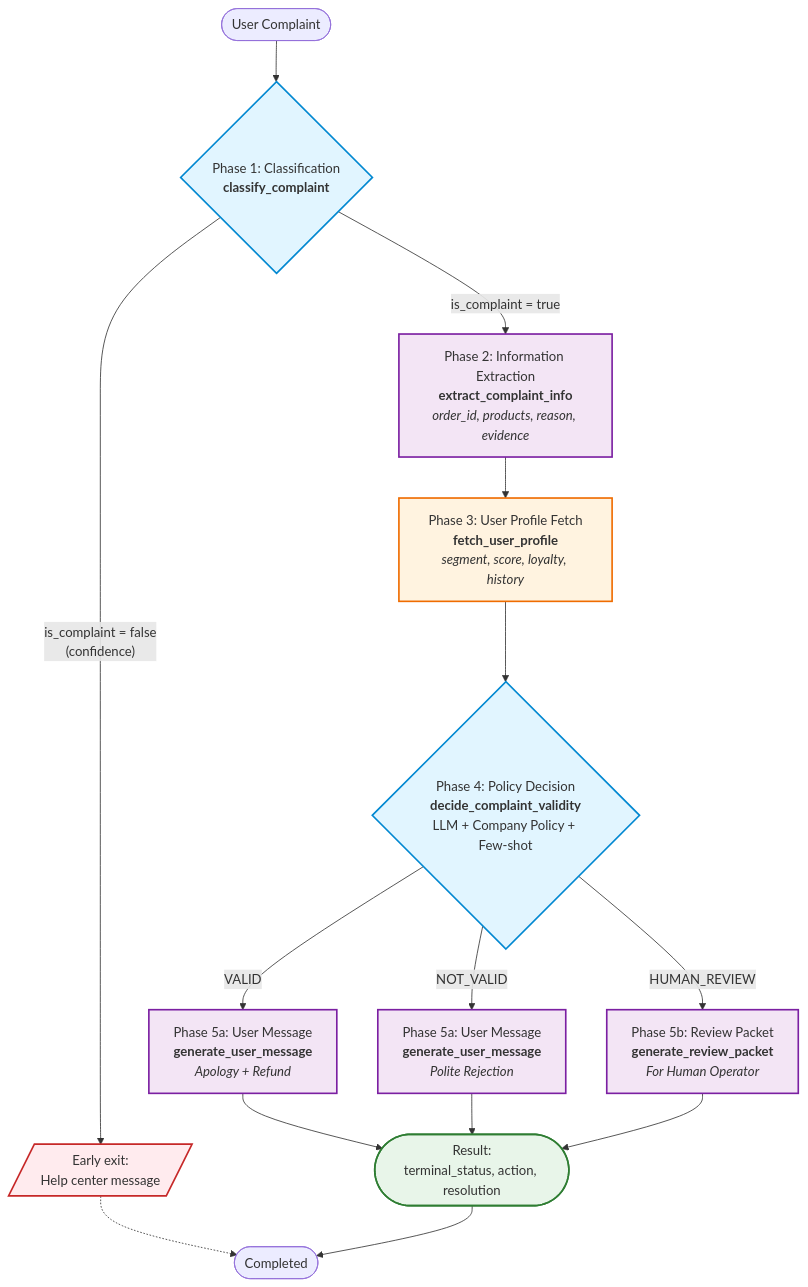
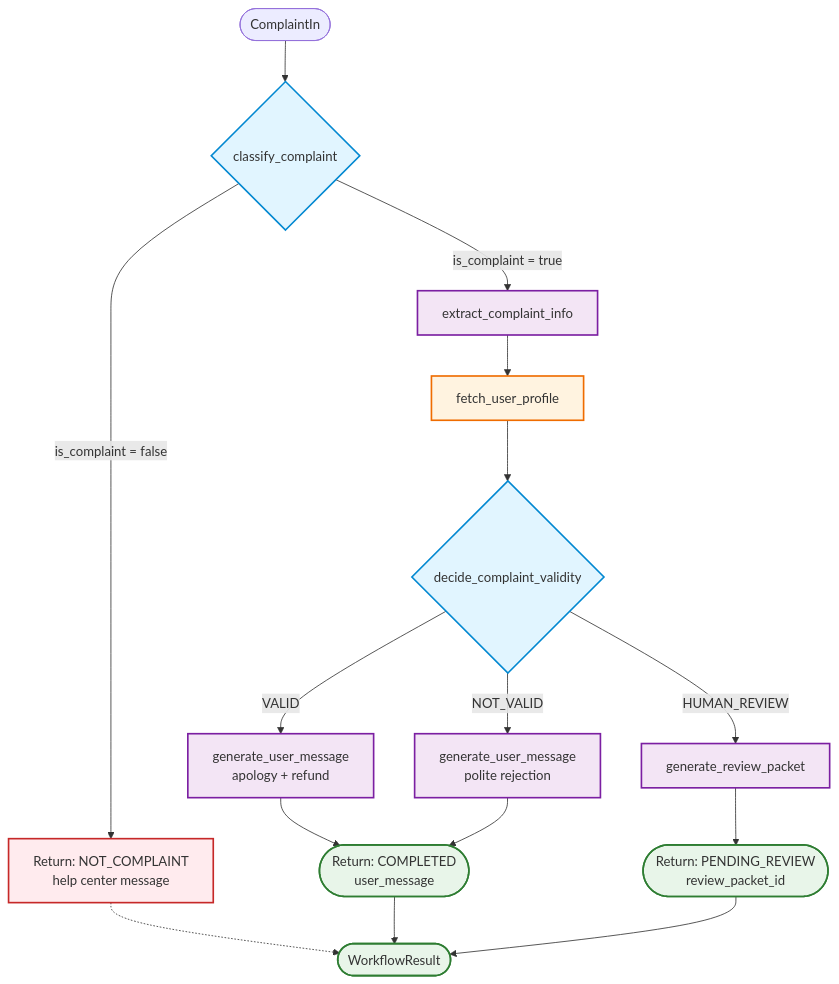
The diagram in lessons/L07_orchestration/README.md (omg1492/ai-agents-advanced), drawn with Mermaid before and after one commit. The commit also changed other lines of this file, not shown here.

Commit message:
concise diagram

````diff
--- a/lessons/L07_orchestration/README.md
+++ b/lessons/L07_orchestration/README.md
@@ -24,32 +24,35 @@
 ```mermaid
 flowchart TD
-    Start([User Complaint]) --> Phase1{Phase 1: Classification<br/><b>classify_complaint</b>}
+    Start([ComplaintIn]) --> Act1{classify_complaint}
 
-    Phase1 -->|"is_complaint = false<br/>(confidence)"| Exit1[/"Early exit:<br/>Help center message"/]
-    Phase1 -->|"is_complaint = true"| Phase2[Phase 2: Information Extraction<br/><b>extract_complaint_info</b><br/><i>order_id, products, reason, evidence</i>]
+    Act1 -->|is_complaint = false| Exit[Return: NOT_COMPLAINT<br/>help center message]
+    Act1 -->|is_complaint = true| Act2[extract_complaint_info]
 
-    Phase2 --> Phase3[Phase 3: User Profile Fetch<br/><b>fetch_user_profile</b><br/><i>segment, score, loyalty, history</i>]
+    Act2 --> Act3[fetch_user_profile]
 
-    Phase3 --> Phase4{Phase 4: Policy Decision<br/><b>decide_complaint_validity</b><br/>LLM + Company Policy + Few-shot}
+    Act3 --> Act4{decide_complaint_validity}
 
-    Phase4 -->|VALID| Phase5a[Phase 5a: User Message<br/><b>generate_user_message</b><br/><i>Apology + Refund</i>]
-    Phase4 -->|NOT_VALID| Phase5a2[Phase 5a: User Message<br/><b>generate_user_message</b><br/><i>Polite Rejection</i>]
-    Phase4 -->|HUMAN_REVIEW| Phase5b[Phase 5b: Review Packet<br/><b>generate_review_packet</b><br/><i>For Human Operator</i>]
+    Act4 -->|VALID| Act5a[generate_user_message<br/>apology + refund]
+    Act4 -->|NOT_VALID| Act5a2[generate_user_message<br/>polite rejection]
+    Act4 -->|HUMAN_REVIEW| Act5b[generate_review_packet]
 
-    Phase5a --> Result([Result:<br/>terminal_status, action, resolution])
-    Phase5a2 --> Result
-    Phase5b --> Result
+    Act5a --> Result1([Return: COMPLETED<br/>user_message])
+    Act5a2 --> Result1
+    Act5b --> Result2([Return: PENDING_REVIEW<br/>review_packet_id])
 
-    Exit1 -.-> End([Completed])
-    Result --> End
+    Exit -.-> End([WorkflowResult])
+    Result1 --> End
+    Result2 --> End
 
-    style Phase1 fill:#e1f5ff,stroke:#0288d1,stroke-width:2px
-    style Phase4 fill:#e1f5ff,stroke:#0288d1,stroke-width:2px
-    style Phase2 fill:#f3e5f5,stroke:#7b1fa2,stroke-width:2px
-    style Phase5a fill:#f3e5f5,stroke:#7b1fa2,stroke-width:2px
-    style Phase5a2 fill:#f3e5f5,stroke:#7b1fa2,stroke-width:2px
-    style Phase5b fill:#f3e5f5,stroke:#7b1fa2,stroke-width:2px
-    style Phase3 fill:#fff3e0,stroke:#ef6c00,stroke-width:2px
-    style Exit1 fill:#ffebee,stroke:#c62828,stroke-width:2px
-    style Result fill:#e8f5e9,stroke:#2e7d32,stroke-width:2px
+    style Act1 fill:#e1f5ff,stroke:#0288d1,stroke-width:2px
+    style Act4 fill:#e1f5ff,stroke:#0288d1,stroke-width:2px
+    style Act2 fill:#f3e5f5,stroke:#7b1fa2,stroke-width:2px
+    style Act5a fill:#f3e5f5,stroke:#7b1fa2,stroke-width:2px
+    style Act5a2 fill:#f3e5f5,stroke:#7b1fa2,stroke-width:2px
+    style Act5b fill:#f3e5f5,stroke:#7b1fa2,stroke-width:2px
+    style Act3 fill:#fff3e0,stroke:#ef6c00,stroke-width:2px
+    style Exit fill:#ffebee,stroke:#c62828,stroke-width:2px
+    style Result1 fill:#e8f5e9,stroke:#2e7d32,stroke-width:2px
+    style Result2 fill:#e8f5e9,stroke:#2e7d32,stroke-width:2px
+    style End fill:#e8f5e9,stroke:#2e7d32,stroke-width:2px
 ```
````
